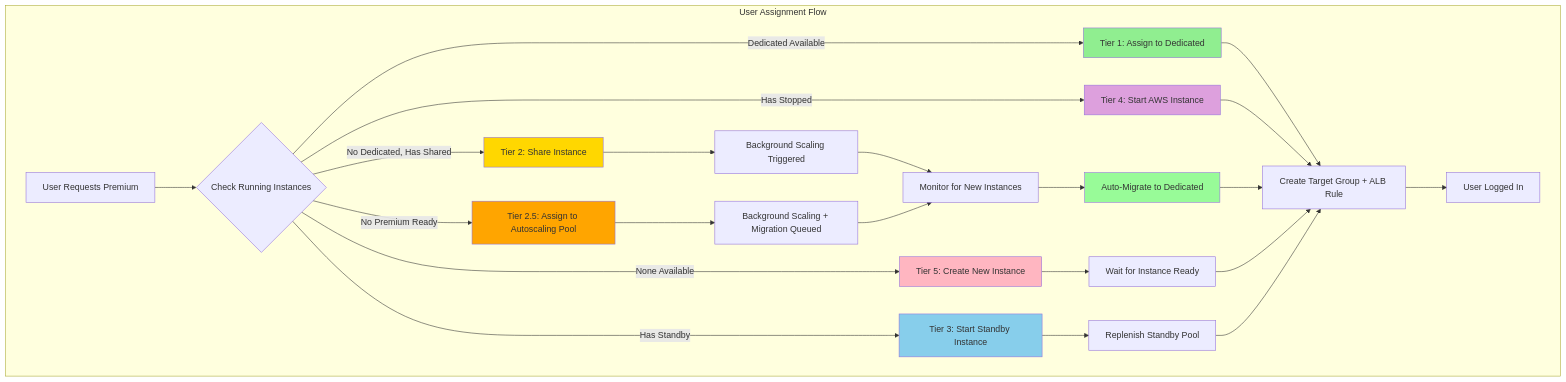
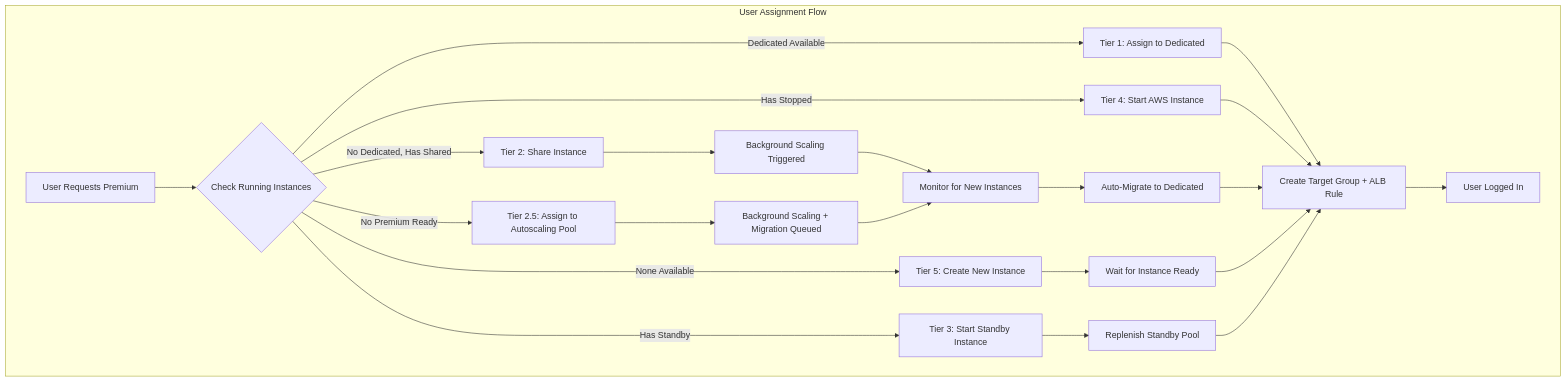
The first of 2 diagrams in studio/config/terraform/Documentation/PREMIUM_MANAGER_PROVISIONING_SUMMARY.md (arayabrain/araya-optinist), drawn with Mermaid before and after one commit. The commit also changed other lines of this file, not shown here.

````diff
--- a/studio/config/terraform/Documentation/PREMIUM_MANAGER_PROVISIONING_SUMMARY.md
+++ b/studio/config/terraform/Documentation/PREMIUM_MANAGER_PROVISIONING_SUMMARY.md
@@ -38,37 +38,30 @@
 ```mermaid
 graph TB
     subgraph "User Assignment Flow"
         A[User Requests Premium] --> B{Check Running Instances}
 
         B -->|Dedicated Available| C1[Tier 1: Assign to Dedicated]
         B -->|No Dedicated, Has Shared| C2[Tier 2: Share Instance]
         B -->|No Premium Ready| C3[Tier 2.5: Assign to Autoscaling Pool]
         B -->|Has Standby| C4[Tier 3: Start Standby Instance]
         B -->|Has Stopped| C5[Tier 4: Start AWS Instance]
         B -->|None Available| C6[Tier 5: Create New Instance]
 
         C1 --> D[Create Target Group + ALB Rule]
         C2 --> E[Background Scaling Triggered]
         C3 --> F[Background Scaling + Migration Queued]
         C4 --> G[Replenish Standby Pool]
         C5 --> D
         C6 --> H[Wait for Instance Ready]
 
         E --> I[Monitor for New Instances]
         F --> I
         I --> J[Auto-Migrate to Dedicated]
         J --> D
         H --> D
         G --> D
 
         D --> K[User Logged In]
     end
 
-    style C1 fill:#90EE90
-    style C2 fill:#FFD700
-    style C3 fill:#FFA500
-    style C4 fill:#87CEEB
-    style C5 fill:#DDA0DD
-    style C6 fill:#FFB6C1
-    style J fill:#98FB98
 ```
````
